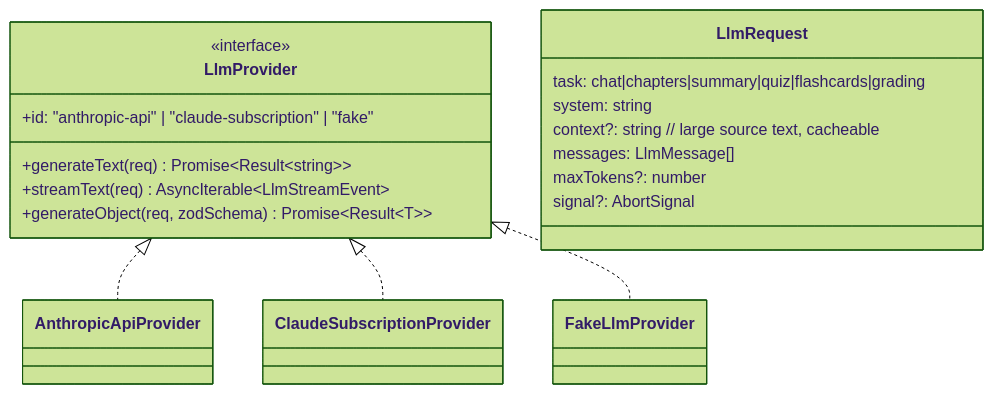
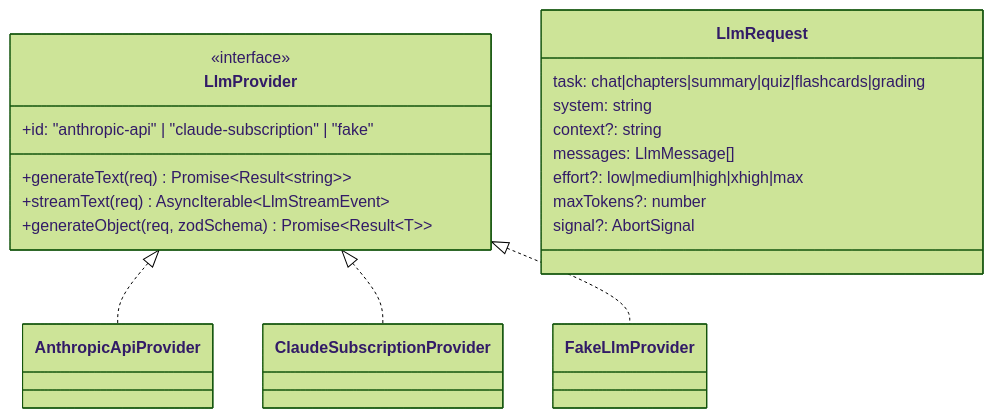
Before and after one commit to huannguyen2114/thoth: the first of 2 diagrams in docs/technical_design/02-llm-providers.md, drawn with Mermaid (forest theme). The commit also changed other lines of this file and 35 other files, not shown here.

````diff
--- a/docs/technical_design/02-llm-providers.md
+++ b/docs/technical_design/02-llm-providers.md
@@ -9,21 +9,22 @@
 ```mermaid
 classDiagram
   class LlmProvider {
     <<interface>>
     +id: "anthropic-api" | "claude-subscription" | "fake"
     +generateText(req) Promise~Result~string~~
     +streamText(req) AsyncIterable~LlmStreamEvent~
     +generateObject(req, zodSchema) Promise~Result~T~~
   }
   class LlmRequest {
     task: chat|chapters|summary|quiz|flashcards|grading
     system: string
-    context?: string  // large source text, cacheable
+    context?: string
     messages: LlmMessage[]
+    effort?: low|medium|high|xhigh|max
     maxTokens?: number
     signal?: AbortSignal
   }
   LlmProvider <|.. AnthropicApiProvider
   LlmProvider <|.. ClaudeSubscriptionProvider
   LlmProvider <|.. FakeLlmProvider
 ```
````
